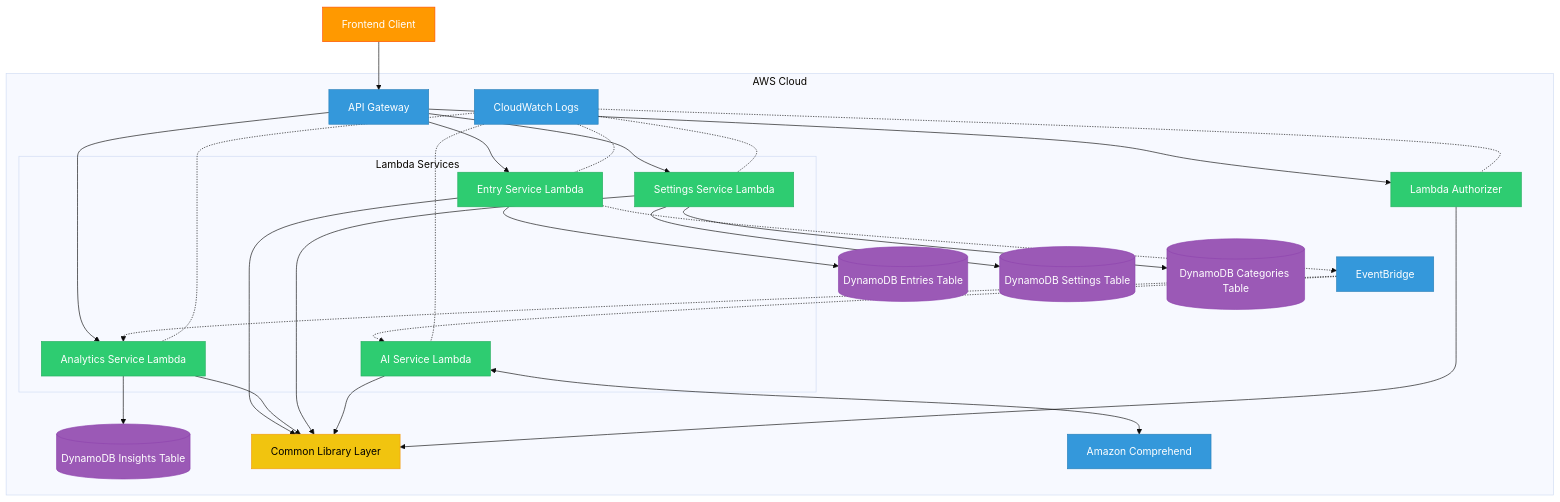
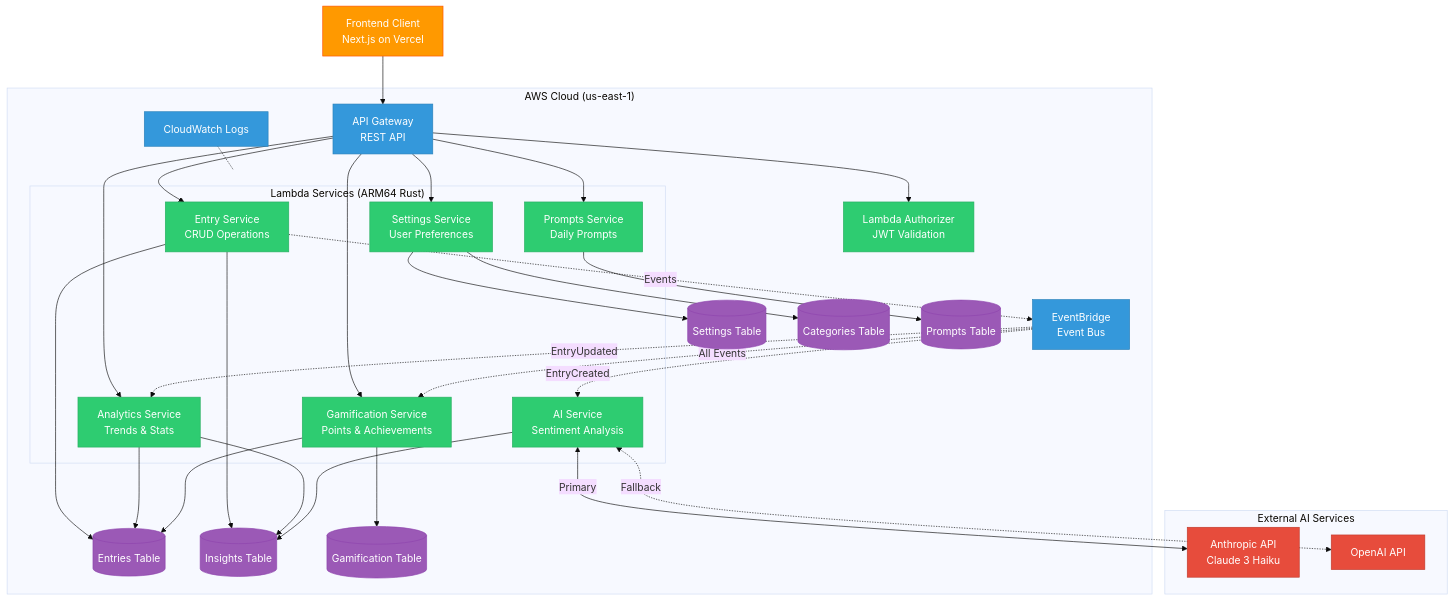
The first of 2 diagrams in backend/infrastructure/docs/architecture.md (ericgitangu/refleckt_journal_app), drawn with Mermaid (base theme) before and after one commit. The commit also changed other lines of this file and 21 other files, not shown here.

````diff
--- a/backend/infrastructure/docs/architecture.md
+++ b/backend/infrastructure/docs/architecture.md
@@ -7,56 +7,58 @@
 ```mermaid
 graph TD
-    Client[Frontend Client] --> APIGateway[API Gateway]
-    
-    subgraph AWS Cloud
-        APIGateway --> Authorizer[Lambda Authorizer]
-        
-        subgraph "Lambda Services"
-            EntryLambda[Entry Service Lambda]
-            AnalyticsLambda[Analytics Service Lambda]
-            SettingsLambda[Settings Service Lambda]
-            AILambda[AI Service Lambda]
+    Client[Frontend Client<br/>Next.js on Vercel] --> APIGateway[API Gateway<br/>REST API]
+
+    subgraph AWS["AWS Cloud (us-east-1)"]
+        APIGateway --> Authorizer[Lambda Authorizer<br/>JWT Validation]
+
+        subgraph Lambdas["Lambda Services (ARM64 Rust)"]
+            EntryLambda[Entry Service<br/>CRUD Operations]
+            AnalyticsLambda[Analytics Service<br/>Trends & Stats]
+            SettingsLambda[Settings Service<br/>User Preferences]
+            AILambda[AI Service<br/>Sentiment Analysis]
+            PromptsLambda[Prompts Service<br/>Daily Prompts]
+            GamificationLambda[Gamification Service<br/>Points & Achievements]
         end
-        
+
         APIGateway --> EntryLambda
         APIGateway --> AnalyticsLambda
         APIGateway --> SettingsLambda
-        
-        EntryLambda --> EntriesTable[(DynamoDB Entries Table)]
-        SettingsLambda --> SettingsTable[(DynamoDB Settings Table)]
-        SettingsLambda --> CategoriesTable[(DynamoDB Categories Table)]
-        AnalyticsLambda --> InsightsTable[(DynamoDB Insights Table)]
-        
-        EntryLambda -.-> EventBridge[EventBridge]
-        EventBridge -.-> AnalyticsLambda
-        EventBridge -.-> AILambda
-        
-        EntryLambda --> CommonLib[Common Library Layer]
-        AnalyticsLambda --> CommonLib
-        SettingsLambda --> CommonLib
-        AILambda --> CommonLib
-        Authorizer --> CommonLib
-        
-        AILambda <--> Comprehend[Amazon Comprehend]
-        
-        CloudWatch[CloudWatch Logs] -.- EntryLambda
-        CloudWatch -.- AnalyticsLambda
-        CloudWatch -.- SettingsLambda
-        CloudWatch -.- AILambda
-        CloudWatch -.- Authorizer
+        APIGateway --> PromptsLambda
+        APIGateway --> GamificationLambda
+
+        EntryLambda --> EntriesTable[(Entries Table)]
+        EntryLambda --> InsightsTable[(Insights Table)]
+        SettingsLambda --> SettingsTable[(Settings Table)]
+        SettingsLambda --> CategoriesTable[(Categories Table)]
+        AnalyticsLambda --> InsightsTable
+        AnalyticsLambda --> EntriesTable
+        PromptsLambda --> PromptsTable[(Prompts Table)]
+        GamificationLambda --> GamificationTable[(Gamification Table)]
+        GamificationLambda --> EntriesTable
+        AILambda --> InsightsTable
+
+        EntryLambda -.->|Events| EventBridge[EventBridge<br/>Event Bus]
+        EventBridge -.->|EntryCreated| AILambda
+        EventBridge -.->|EntryUpdated| AnalyticsLambda
+        EventBridge -.->|All Events| GamificationLambda
+
+        CloudWatch[CloudWatch Logs] -.- Lambdas
     end
-    
-    class Client,APIGateway,Authorizer,EntryLambda,AnalyticsLambda,SettingsLambda,AILambda,CommonLib,EventBridge,EntriesTable,SettingsTable,CategoriesTable,InsightsTable,Comprehend,CloudWatch node;
-    
+
+    subgraph External["External AI Services"]
+        AILambda <-->|Primary| Anthropic[Anthropic API<br/>Claude 3 Haiku]
+        AILambda <-.->|Fallback| OpenAI[OpenAI API]
+    end
+
     classDef primary fill:#FF9900,stroke:#FF4F00,color:white;
     classDef lambda fill:#2ecc71,stroke:#27ae60,color:white;
     classDef database fill:#9b59b6,stroke:#8e44ad,color:white;
     classDef aws fill:#3498db,stroke:#2980b9,color:white;
-    classDef util fill:#f1c40f,stroke:#f39c12,color:black;
-    
+    classDef external fill:#e74c3c,stroke:#c0392b,color:white;
+
     class Client primary;
-    class APIGateway,EventBridge,CloudWatch,Comprehend aws;
-    class EntryLambda,AnalyticsLambda,SettingsLambda,AILambda,Authorizer lambda;
-    class EntriesTable,SettingsTable,CategoriesTable,InsightsTable database;
-    class CommonLib util;
+    class APIGateway,EventBridge,CloudWatch aws;
+    class EntryLambda,AnalyticsLambda,SettingsLambda,AILambda,PromptsLambda,GamificationLambda,Authorizer lambda;
+    class EntriesTable,SettingsTable,CategoriesTable,InsightsTable,PromptsTable,GamificationTable database;
+    class Anthropic,OpenAI external;
 ```
````
